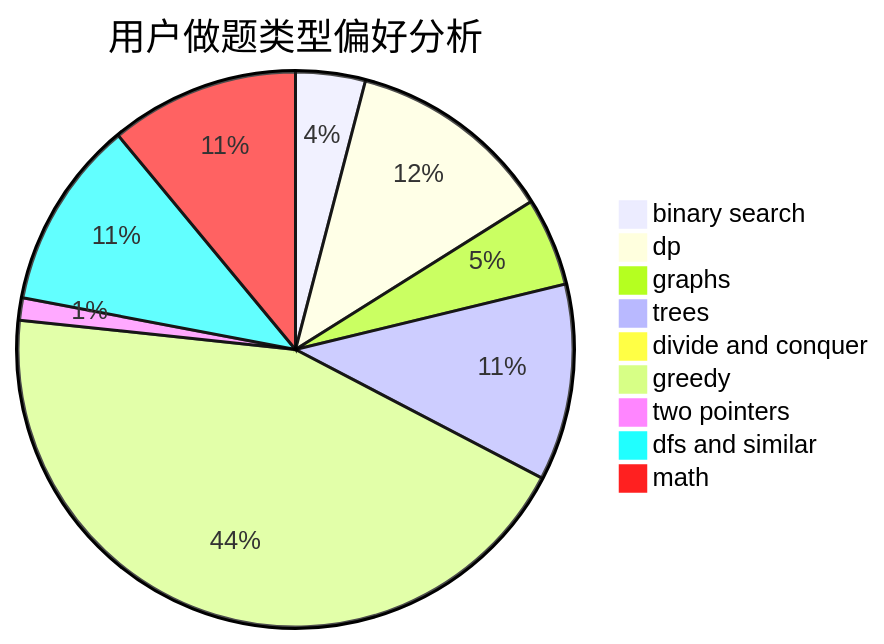
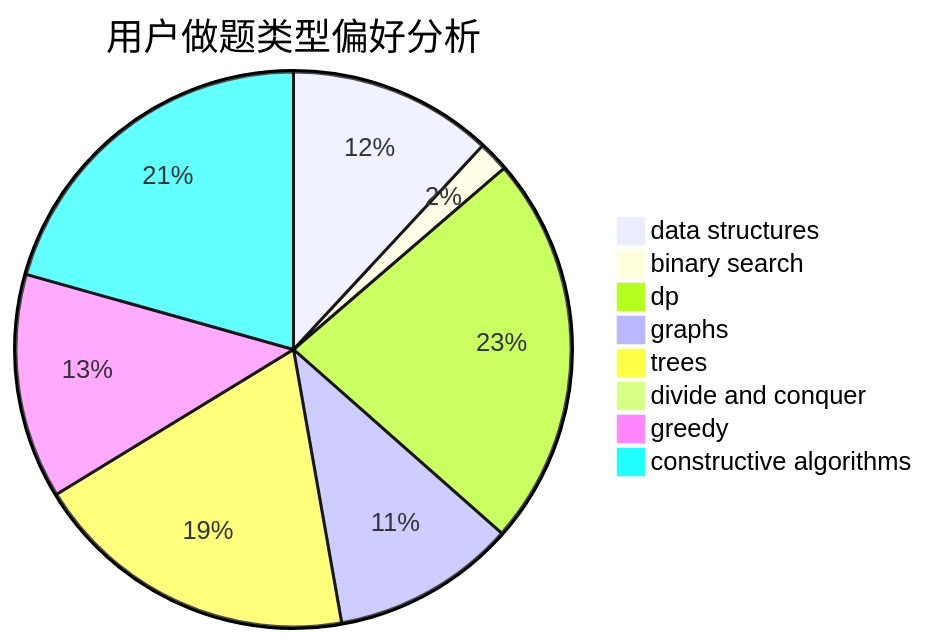
Before and after one commit to sherpahu/cfrs.github.io: the second of 3 diagrams in docs/user/u1827.md, drawn with Mermaid. The commit also changed other lines of this file and 2775 other files, not shown here.

````diff
--- a/docs/user/u1827.md
+++ b/docs/user/u1827.md
@@ -23,12 +23,11 @@
 ```mermaid
 pie title 用户做题类型偏好分析
-    "binary search" :  56
-    "dp" :  166
-    "graphs" :  71
-    "trees" :  158
-    "divide and conquer" :  7
-    "greedy" :  608
-    "two pointers" :  18
-    "dfs and similar" :  152
-    "math" :  152
+    "data structures" :  60
+    "binary search" :  9
+    "dp" :  115
+    "graphs" :  54
+    "trees" :  96
+    "divide and conquer" :  0
+    "greedy" :  66
+    "constructive algorithms" :  104
 ```
````
